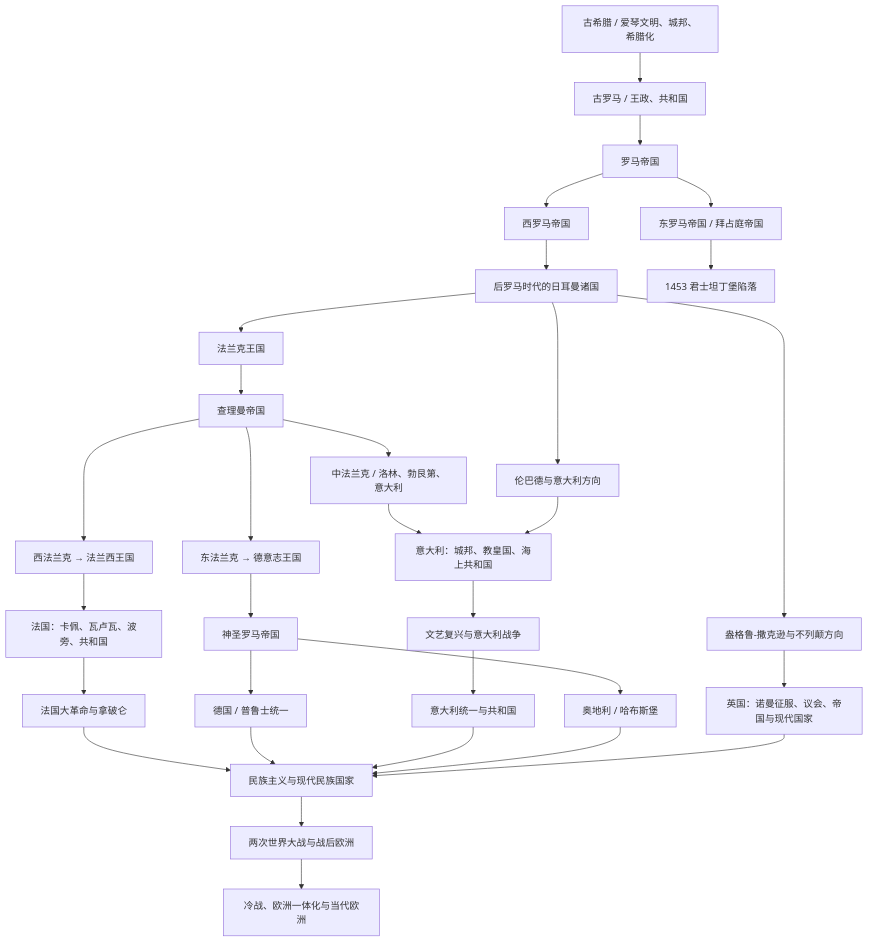
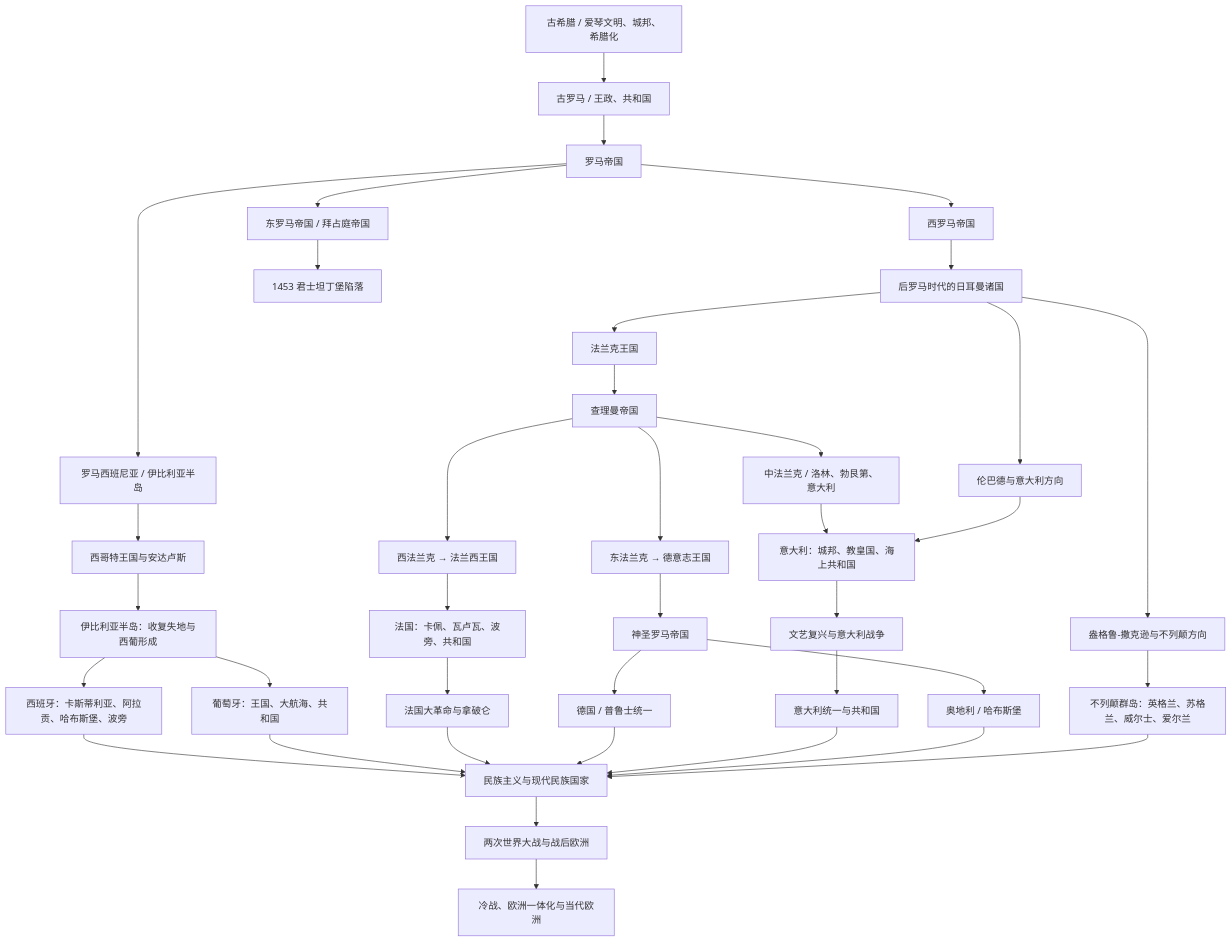
One commit to tianlan-dev/learning-notes changed the diagram in 人文科学/历史-外国/欧洲/README.md. Above: the diagram before and after it, drawn with Mermaid. The commit also changed other lines of this file and 84 other files, not shown here.

````diff
--- a/人文科学/历史-外国/欧洲/README.md
+++ b/人文科学/历史-外国/欧洲/README.md
@@ -14,33 +14,40 @@
 ```mermaid
 flowchart TD
     Greek["古希腊 / 爱琴文明、城邦、希腊化"] --> RomeEarly["古罗马 / 王政、共和国"]
     RomeEarly --> RomanEmpire["罗马帝国"]
     RomanEmpire --> WestRome["西罗马帝国"]
     RomanEmpire --> EastRome["东罗马帝国 / 拜占庭帝国"]
+    RomanEmpire --> Hispania["罗马西班尼亚 / 伊比利亚半岛"]
     WestRome --> Germanic["后罗马时代的日耳曼诸国"]
+    Hispania --> VisigothIberia["西哥特王国与安达卢斯"]
+    VisigothIberia --> Iberia["伊比利亚半岛：收复失地与西葡形成"]
+    Iberia --> Spain["西班牙：卡斯蒂利亚、阿拉贡、哈布斯堡、波旁"]
+    Iberia --> Portugal["葡萄牙：王国、大航海、共和国"]
     Germanic --> Frankish["法兰克王国"]
     Germanic --> AngloSaxon["盎格鲁-撒克逊与不列颠方向"]
     Germanic --> Lombard["伦巴德与意大利方向"]
     Frankish --> Carolingian["查理曼帝国"]
     Carolingian --> WestFrancia["西法兰克 → 法兰西王国"]
     Carolingian --> EastFrancia["东法兰克 → 德意志王国"]
     Carolingian --> MiddleFrancia["中法兰克 / 洛林、勃艮第、意大利"]
     WestFrancia --> France["法国：卡佩、瓦卢瓦、波旁、共和国"]
     EastFrancia --> HRE["神圣罗马帝国"]
     HRE --> Austria["奥地利 / 哈布斯堡"]
     HRE --> Germany["德国 / 普鲁士统一"]
     MiddleFrancia --> ItalyMed["意大利：城邦、教皇国、海上共和国"]
     Lombard --> ItalyMed
     ItalyMed --> Renaissance["文艺复兴与意大利战争"]
     Renaissance --> ItalyModern["意大利统一与共和国"]
-    AngloSaxon --> England["英国：诺曼征服、议会、帝国与现代国家"]
+    AngloSaxon --> Britain["不列颠群岛：英格兰、苏格兰、威尔士、爱尔兰"]
     EastRome --> ByzantineEnd["1453 君士坦丁堡陷落"]
     France --> Revolution["法国大革命与拿破仑"]
+    Spain --> Nations
+    Portugal --> Nations
     Revolution --> Nations["民族主义与现代民族国家"]
     Germany --> Nations
     ItalyModern --> Nations
     Austria --> Nations
-    England --> Nations
+    Britain --> Nations
     Nations --> WorldWars["两次世界大战与战后欧洲"]
     WorldWars --> EU["冷战、欧洲一体化与当代欧洲"]
 ```
````
